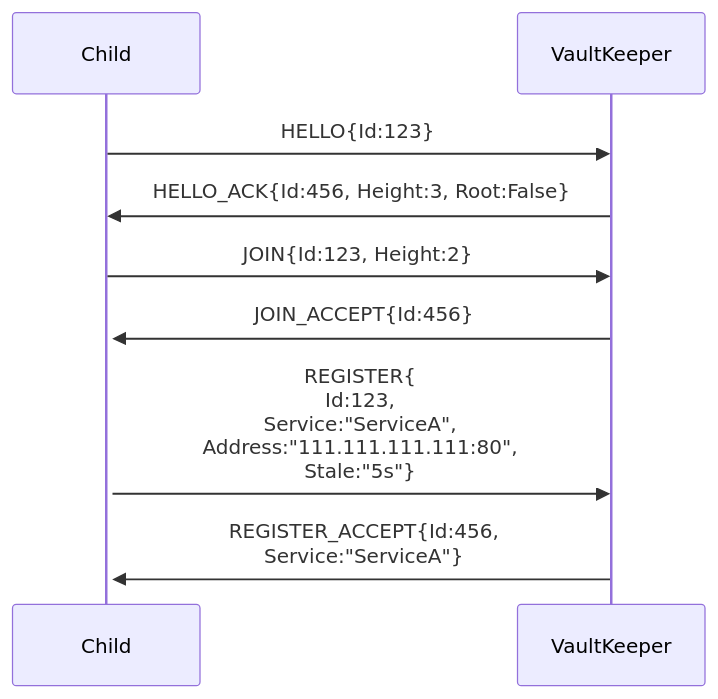
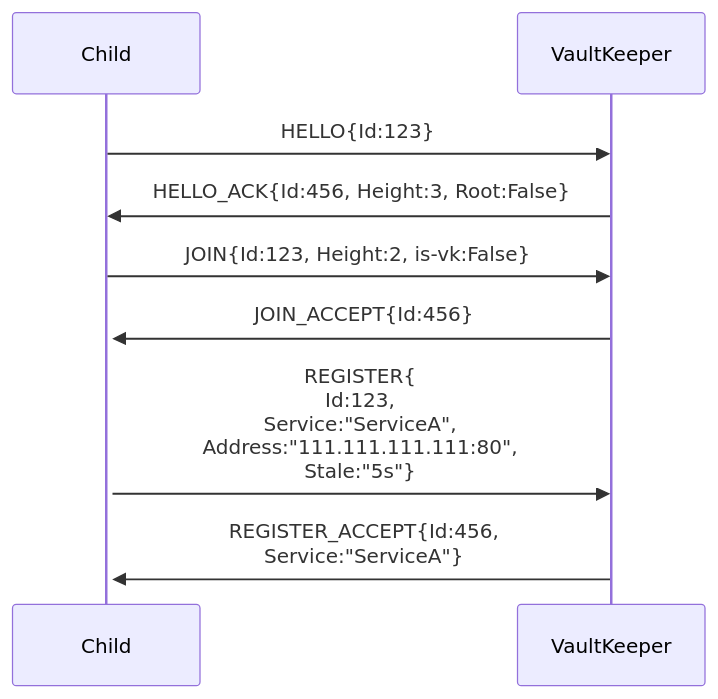
One commit to rflandau/Orv changed the first of 3 diagrams in README.md. Above: the diagram before and after it, drawn with Mermaid.

Commit message:
Updated flow diagram

````diff
--- a/README.md
+++ b/README.md
@@ -101,9 +101,9 @@
 ```mermaid
 sequenceDiagram
     Child->>VaultKeeper: HELLO{Id:123}
     VaultKeeper->>Child: HELLO_ACK{Id:456, Height:3, Root:False}
-    Child->>VaultKeeper: JOIN{Id:123, Height:2}
+    Child->>VaultKeeper: JOIN{Id:123, Height:2, is-vk:False}
     VaultKeeper->>+Child: JOIN_ACCEPT{Id:456}
     Child->>VaultKeeper: REGISTER{<br>Id:123,<br>Service:"ServiceA",<br>Address:"111.111.111.111:80",<br>Stale:"5s"}
     VaultKeeper->>+Child: REGISTER_ACCEPT{Id:456,<br>Service:"ServiceA"}
 ```
````
